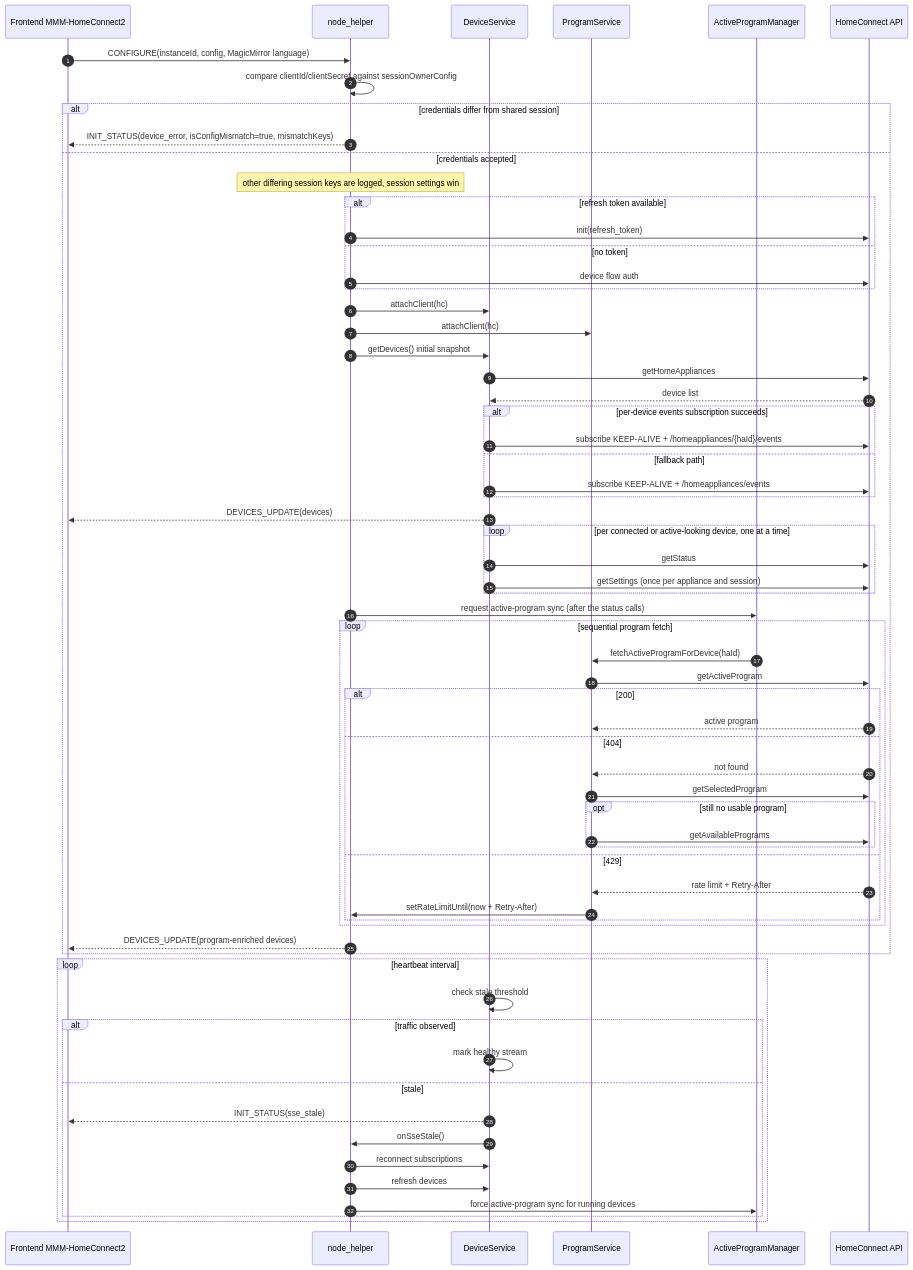
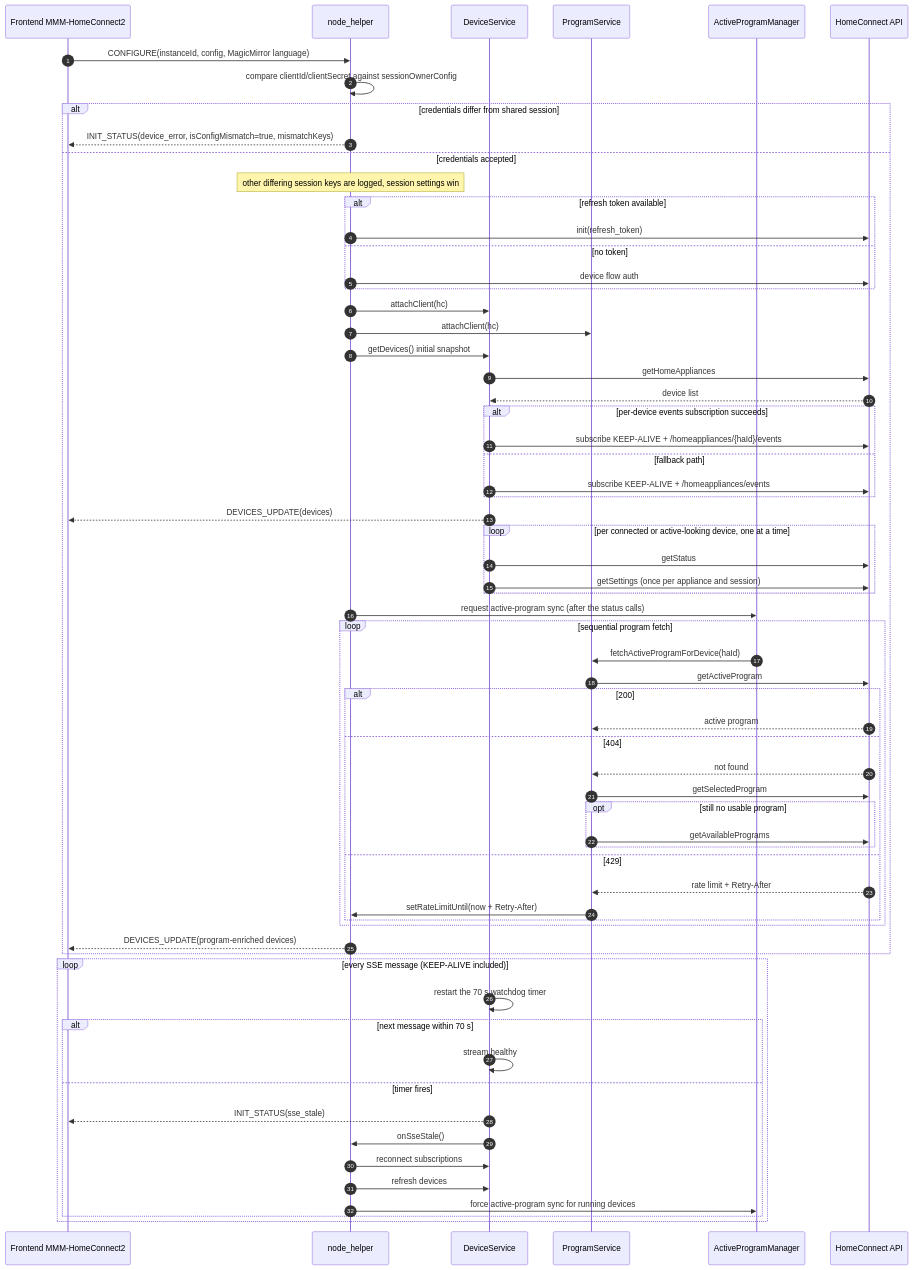
One commit to HeikoGr/MMM-HomeConnect2 changed the second of 2 diagrams in docs/api-call-and-event-flow-diagrams.md. Above: the diagram before and after it, drawn with Mermaid. The commit also changed other lines of this file and 2 other files, not shown here.

Commit message:
refactor(sse): watch the streams with one resettable timer instead of polling
The SSE watchdog polled every 10 s whether the last message was more than 70 s
ago. It is now a single timer that every message (KEEP-ALIVE included)
restarts and that fires after 70 s of silence - a dead stream is noticed at
exactly 70 s instead of 70-80 s, and the check interval is gone.

That makes more of the old machinery redundant: the rebuild restarts the
monitor, which only re-arms with new traffic, so two rebuilds are always more
than 70 s apart - no separate recovery cooldown or in-flight flag. The armed
flag is "the timer runs", and lastSubscriptionTimestamp was never read.

````diff
--- a/docs/api-call-and-event-flow-diagrams.md
+++ b/docs/api-call-and-event-flow-diagrams.md
@@ -77,75 +77,75 @@
 ```mermaid
 sequenceDiagram
   autonumber
   participant FE as Frontend MMM-HomeConnect2
   participant NH as node_helper
   participant DS as DeviceService
   participant PS as ProgramService
   participant APM as ActiveProgramManager
   participant HC as HomeConnect API
 
   FE->>NH: CONFIGURE(instanceId, config, MagicMirror language)
   NH->>NH: compare clientId/clientSecret against sessionOwnerConfig
 
   alt credentials differ from shared session
     NH-->>FE: INIT_STATUS(device_error, isConfigMismatch=true, mismatchKeys)
   else credentials accepted
     Note over NH: other differing session keys are logged, session settings win
     alt refresh token available
       NH->>HC: init(refresh_token)
     else no token
       NH->>HC: device flow auth
     end
 
     NH->>DS: attachClient(hc)
     NH->>PS: attachClient(hc)
     NH->>DS: getDevices() initial snapshot
 
     DS->>HC: getHomeAppliances
     HC-->>DS: device list
     alt per-device events subscription succeeds
       DS->>HC: subscribe KEEP-ALIVE + /homeappliances/{haId}/events
     else fallback path
       DS->>HC: subscribe KEEP-ALIVE + /homeappliances/events
     end
 
     DS-->>FE: DEVICES_UPDATE(devices)
     loop per connected or active-looking device, one at a time
       DS->>HC: getStatus
       DS->>HC: getSettings (once per appliance and session)
     end
     NH->>APM: request active-program sync (after the status calls)
 
     loop sequential program fetch
       APM->>PS: fetchActiveProgramForDevice(haId)
       PS->>HC: getActiveProgram
       alt 200
         HC-->>PS: active program
       else 404
         HC-->>PS: not found
         PS->>HC: getSelectedProgram
         opt still no usable program
           PS->>HC: getAvailablePrograms
         end
       else 429
         HC-->>PS: rate limit + Retry-After
         PS->>NH: setRateLimitUntil(now + Retry-After)
       end
     end
 
     NH-->>FE: DEVICES_UPDATE(program-enriched devices)
   end
 
-  loop heartbeat interval
-    DS->>DS: check stale threshold
-    alt traffic observed
-      DS->>DS: mark healthy stream
-    else stale
+  loop every SSE message (KEEP-ALIVE included)
+    DS->>DS: restart the 70 s watchdog timer
+    alt next message within 70 s
+      DS->>DS: stream healthy
+    else timer fires
       DS-->>FE: INIT_STATUS(sse_stale)
       DS->>NH: onSseStale()
       NH->>DS: reconnect subscriptions
       NH->>DS: refresh devices
       NH->>APM: force active-program sync for running devices
     end
   end
 ```
````
